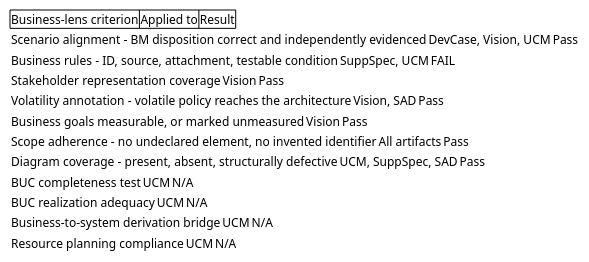
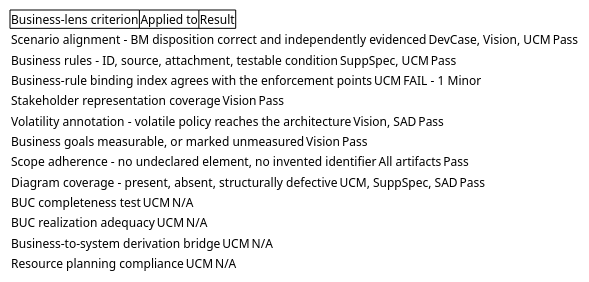
The second of 19 diagrams in docs/artifacts/project-management/review-record.md (banense-test/portal), drawn with PlantUML before and after one commit. The commit also changed other lines of this file, not shown here.

First line of the commit message:
Business Reviewer [I3]: upsert Review Record

````diff
--- a/docs/artifacts/project-management/review-record.md
+++ b/docs/artifacts/project-management/review-record.md
@@ -97,18 +97,19 @@
 ```plantuml
 @startsalt
 {
   {# Business-lens criterion | Applied to | Result }
   { Scenario alignment - BM disposition correct and independently evidenced | DevCase, Vision, UCM | Pass }
-  { Business rules - ID, source, attachment, testable condition | SuppSpec, UCM | FAIL }
+  { Business rules - ID, source, attachment, testable condition | SuppSpec, UCM | Pass }
+  { Business-rule binding index agrees with the enforcement points | UCM | FAIL - 1 Minor }
   { Stakeholder representation coverage | Vision | Pass }
   { Volatility annotation - volatile policy reaches the architecture | Vision, SAD | Pass }
   { Business goals measurable, or marked unmeasured | Vision | Pass }
   { Scope adherence - no undeclared element, no invented identifier | All artifacts | Pass }
   { Diagram coverage - present, absent, structurally defective | UCM, SuppSpec, SAD | Pass }
   { BUC completeness test | UCM | N/A }
   { BUC realization adequacy | UCM | N/A }
   { Business-to-system derivation bridge | UCM | N/A }
   { Resource planning compliance | UCM | N/A }
 }
 @endsalt
 ```
````
